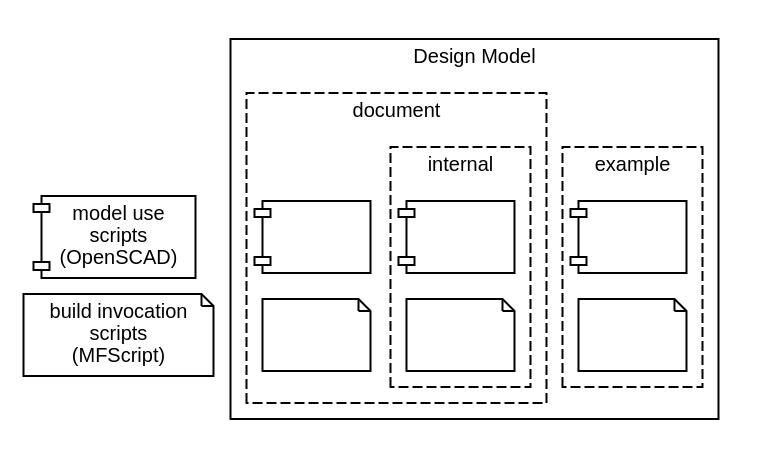
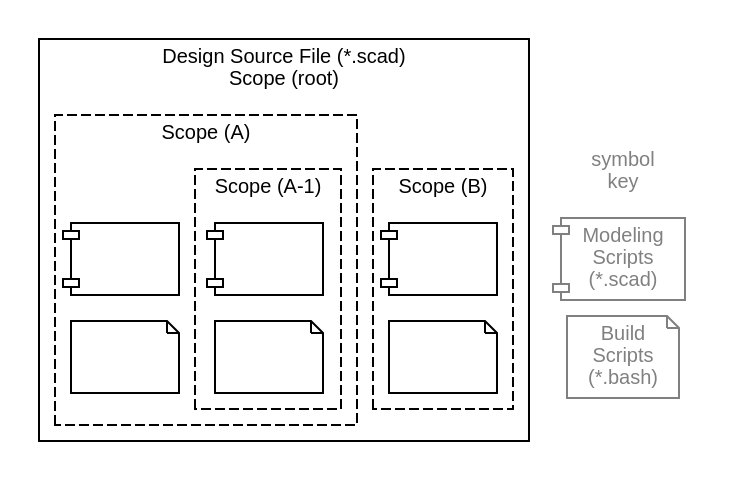
The diagram in share/examples/embedding_scheme.dot (royasutton/openscad-amu), drawn with Graphviz before and after one commit. The commit also changed 10 other files, not shown here.

```diff
--- a/share/examples/embedding_scheme.dot
+++ b/share/examples/embedding_scheme.dot
@@ -1,48 +1,55 @@
 #
 # embedding scheme diagram
 #
 
 graph g {
   graph[ranksep=.1];
-  node [fontname=Helvetica, fontsize=10];
-  n1 [shape=component, label="model use\nscripts\n(OpenSCAD)"];
-  n2 [shape=note, label="build invocation\nscripts\n(MFScript)"];
-  n1--n2 [style=invis];
 
   subgraph cluster_model {
     graph[fontname=Helvetica, fontsize=10, style=solid];
     node [fontname=Helvetica, fontsize=10];
-    label="Design Model";
+    label="Design Source File (*.scad)\nScope (root)";
 
     subgraph cluster_example {
     graph[fontname=Helvetica, fontsize=10, style=dashed];
     node [fontname=Helvetica, fontsize=10];
-      label="example";
+      label="Scope (B)";
 
       n3 [shape=component, label=""];
       n4 [shape=note, label=""];
       n3--n4 [style=invis];
     }
 
     subgraph cluster_document {
     graph[fontname=Helvetica, fontsize=10, style=dashed];
     node [fontname=Helvetica, fontsize=10];
-      label="document";
+      label="Scope (A)";
 
       n5 [shape=component, label=""];
       n6 [shape=note, label=""];
       n5--n6 [style=invis];
 
       subgraph cluster_internal {
       graph[fontname=Helvetica, fontsize=10, style=dashed];
       node [fontname=Helvetica, fontsize=10];
-        label="internal";
+        label="Scope (A-1)";
 
         n7 [shape=component, label=""];
         n8 [shape=note, label=""];
         n7--n8 [style=invis];
       }
     }
 
   }
+
+  subgraph cluster_key {
+    graph[fontname=Helvetica, fontsize=10, color="invis" fontcolor="gray"];
+    node [fontname=Helvetica, fontsize=10 color="gray" fontcolor="gray"];
+    label="symbol\nkey";
+
+    n1 [shape=component, label="Modeling\nScripts\n(*.scad)"];
+    n2 [shape=note, label="Build\nScripts\n(*.bash)"];
+    n1--n2 [style=invis];
+  }
+
 }
```
